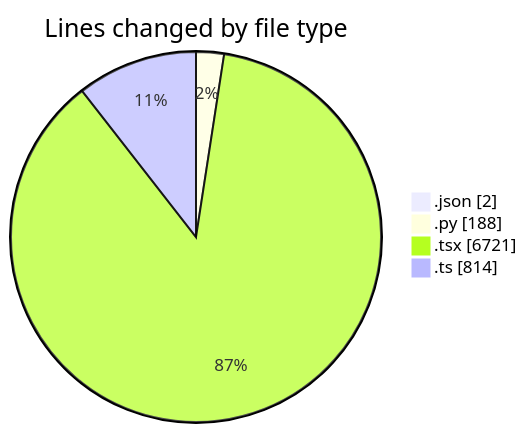
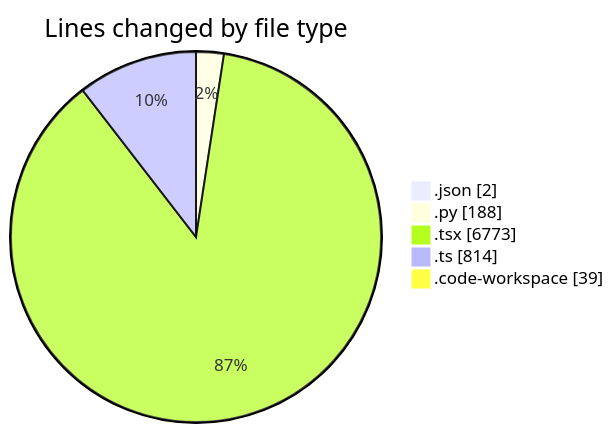
The first of 2 diagrams in 2025-10-06/eventscop-frontend-guide__workspace_/README.md (julien-gomy/code-tracking), drawn with Mermaid before and after one commit. The commit also changed other lines of this file and 1 other file, not shown here.

````diff
--- a/2025-10-06/eventscop-frontend-guide__workspace_/README.md
+++ b/2025-10-06/eventscop-frontend-guide__workspace_/README.md
@@ -61,8 +62,9 @@
 ```mermaid
 pie showData
 title Lines changed by file type
 ".json" : 2
 ".py" : 188
-".tsx" : 6721
+".tsx" : 6773
 ".ts" : 814
+".code-workspace" : 39
 ```
````
